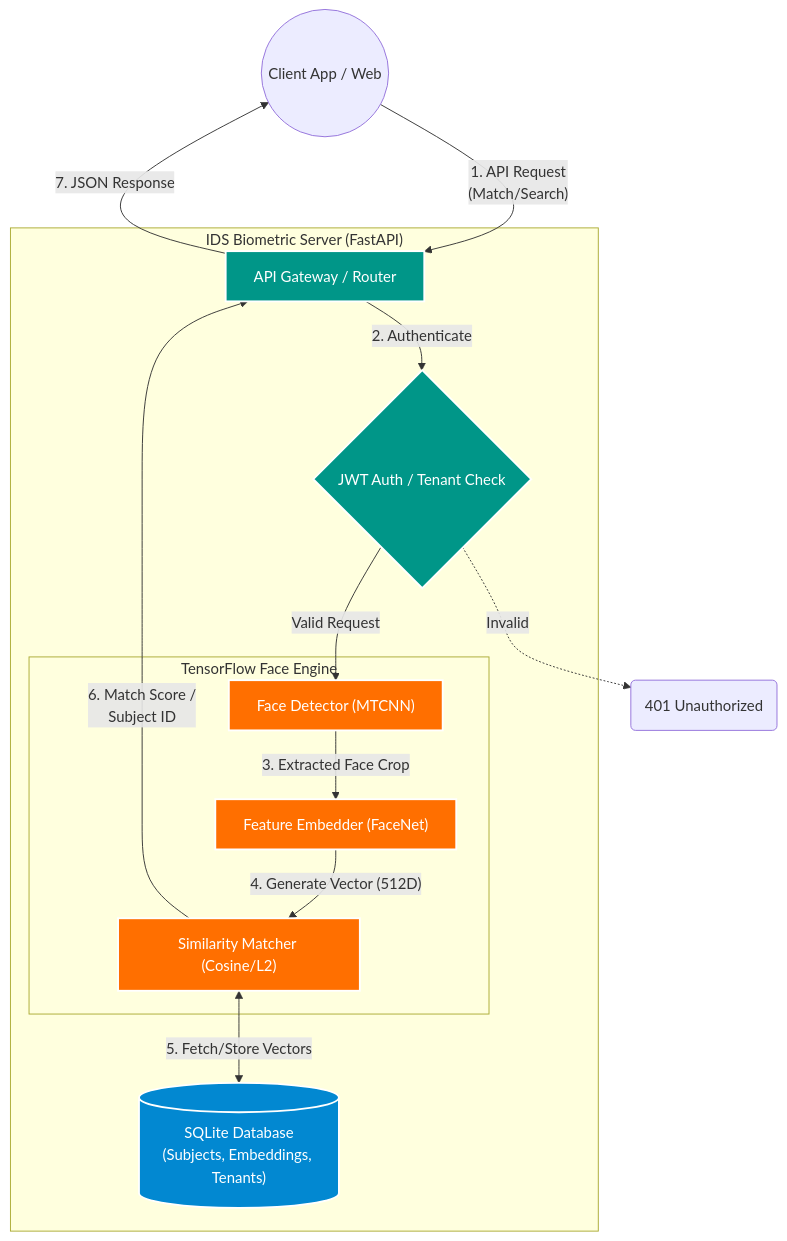
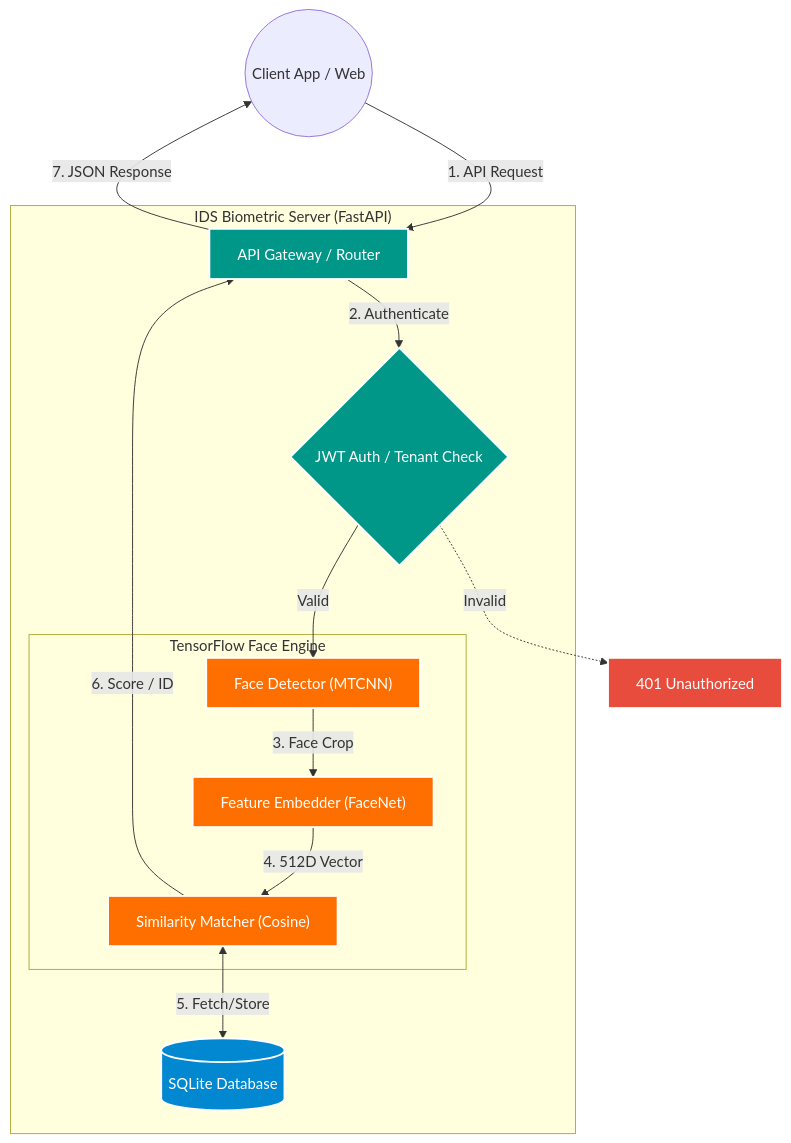
One commit to Mohammad007/face-biometric-sdk changed the first of 2 diagrams in README.md. Above: the diagram before and after it, drawn with Mermaid. The commit also changed other lines of this file, not shown here.

Commit message:
docs: overhaul README with detailed sections on features, tech stack, quick start, and API documentation.

````diff
--- a/README.md
+++ b/README.md
@@ -26,41 +237,43 @@
 ```mermaid
 graph TD
     %% Entities
     Client((Client App / Web))
         
-    subgraph "IDS Biometric Server (FastAPI)"
+    subgraph "IDS Biometric Server &lpar;FastAPI&rpar;"
         Gateway["API Gateway / Router"]
         Auth{"JWT Auth / Tenant Check"}
         
         subgraph "TensorFlow Face Engine"
-            Detector["Face Detector (MTCNN)"]
-            Embedder["Feature Embedder (FaceNet)"]
-            Matcher["Similarity Matcher (Cosine/L2)"]
+            Detector["Face Detector &lpar;MTCNN&rpar;"]
+            Embedder["Feature Embedder &lpar;FaceNet&rpar;"]
+            Matcher["Similarity Matcher &lpar;Cosine&rpar;"]
         end
         
-        DB[("SQLite Database\n(Subjects, Embeddings, Tenants)")]
+        DB[("SQLite Database")]
     end
     
     %% Flow
-    Client -- "1. API Request\n(Match/Search)" --> Gateway
+    Client -- "1. API Request" --> Gateway
     Gateway -- "2. Authenticate" --> Auth
-    Auth -- "Valid Request" --> Detector
-    Auth -. "Invalid" .-> Exception("401 Unauthorized")
+    Auth -- "Valid" --> Detector
+    Auth -. "Invalid" .-> Exception["401 Unauthorized"]
     
-    Detector -- "3. Extracted Face Crop" --> Embedder
-    Embedder -- "4. Generate Vector (512D)" --> Matcher
+    Detector -- "3. Face Crop" --> Embedder
+    Embedder -- "4. 512D Vector" --> Matcher
     
     %% Data Ops
-    Matcher <--> |"5. Fetch/Store Vectors"| DB
+    Matcher <--> |"5. Fetch/Store"| DB
     
     %% Response
-    Matcher -- "6. Match Score /\nSubject ID" --> Gateway
+    Matcher -- "6. Score / ID" --> Gateway
     Gateway -- "7. JSON Response" --> Client
 
     classDef core fill:#009688,stroke:#fff,stroke-width:2px,color:#fff;
     classDef engine fill:#FF6F00,stroke:#fff,stroke-width:2px,color:#fff;
     classDef db fill:#0288D1,stroke:#fff,stroke-width:2px,color:#fff;
+    classDef error fill:#E74C3C,stroke:#fff,stroke-width:2px,color:#fff;
     class Gateway,Auth core;
     class Detector,Embedder,Matcher engine;
     class DB db;
+    class Exception error;
 ```
````
